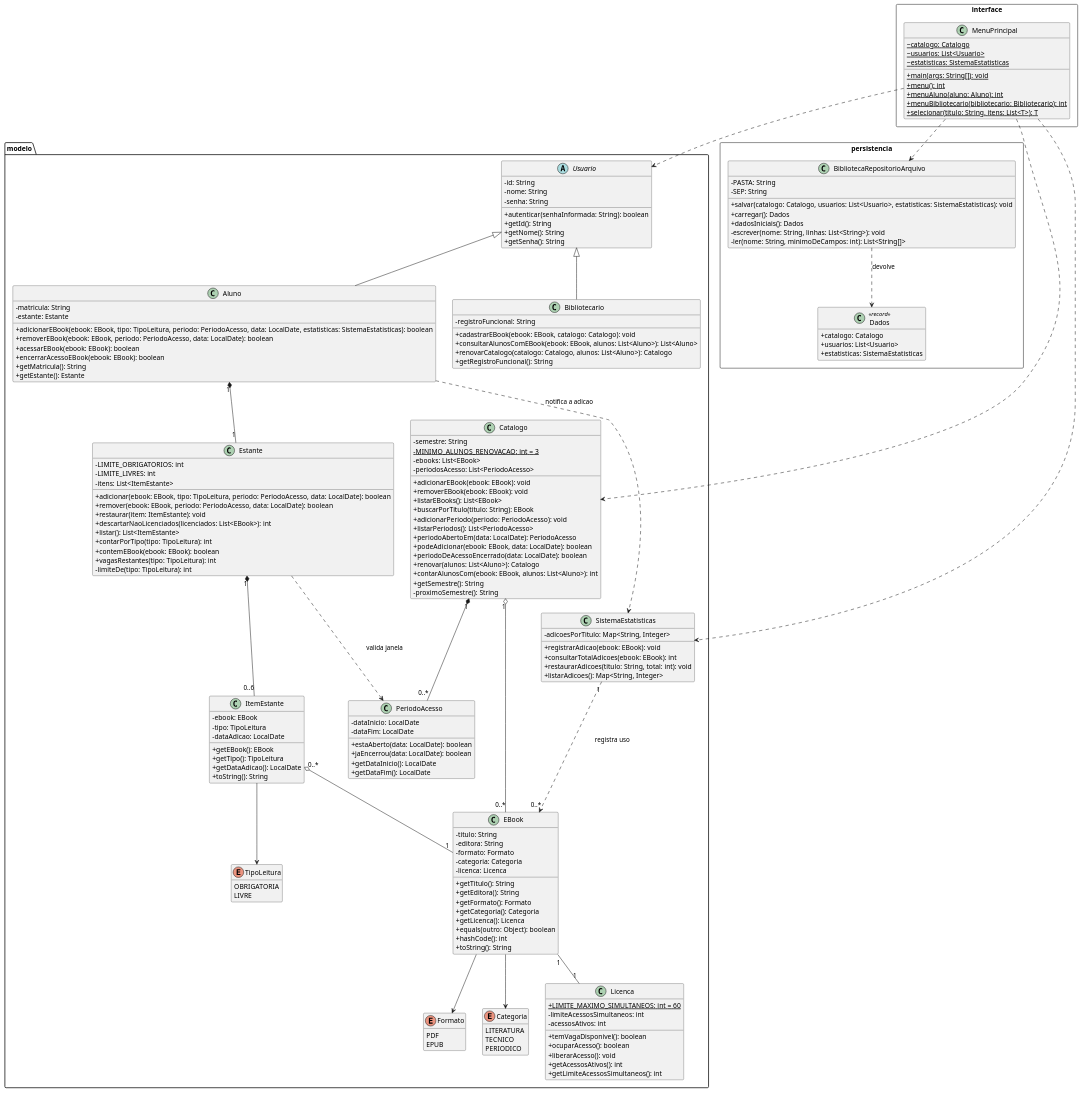
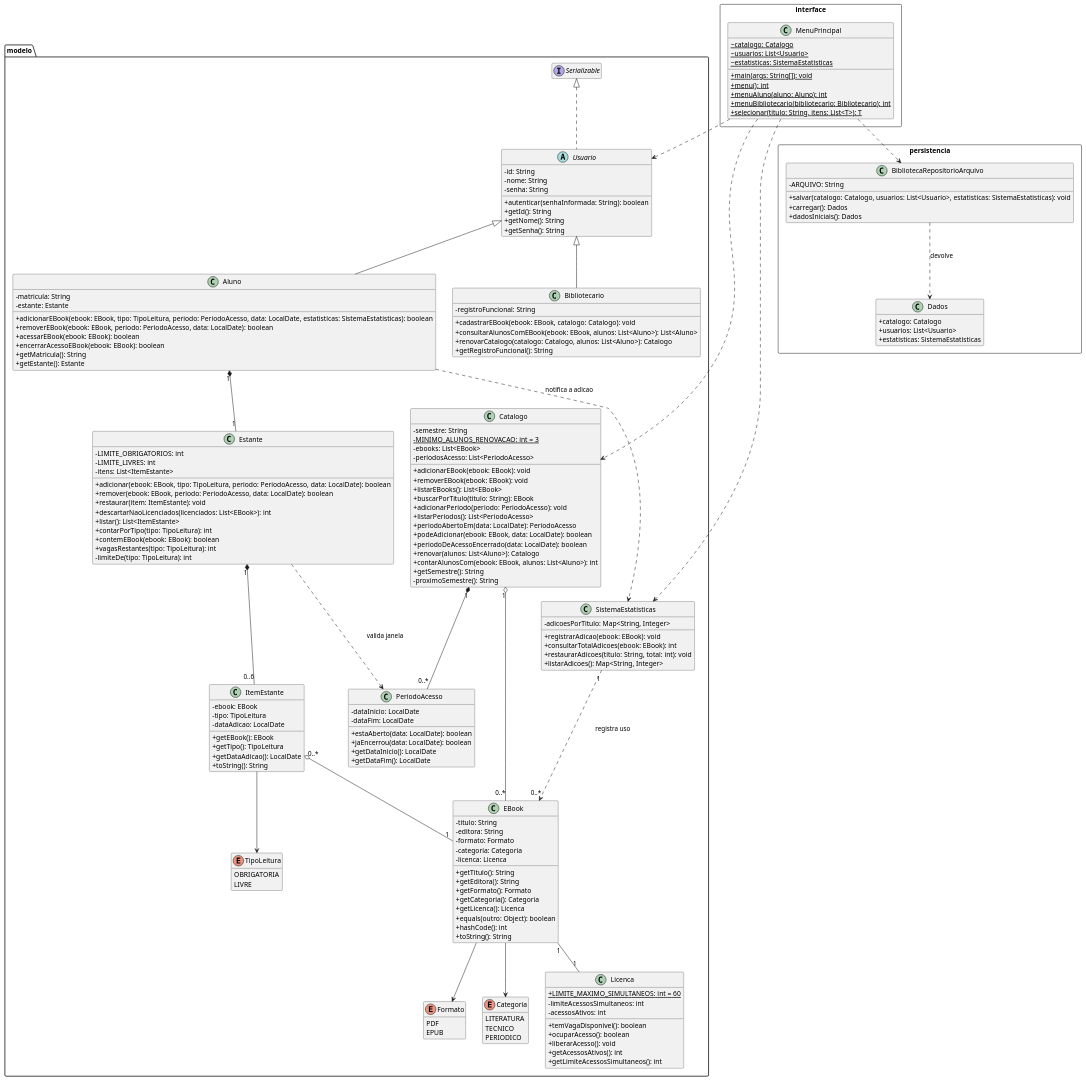
One commit to fillmello/lab01-ebooks-biblioteca changed the diagram in docs/diagramas/diagrama-de-classes.puml. Above: the diagram before and after it, drawn with PlantUML. The commit also changed 14 other files, not shown here.

```diff
--- a/docs/diagramas/diagrama-de-classes.puml
+++ b/docs/diagramas/diagrama-de-classes.puml
@@ -5,7 +5,7 @@
 package modelo {
 
 ' ===== UC01 - Realizar login =====
-abstract class Usuario {
+abstract class Usuario implements Serializable {
   -id: String
   -nome: String
   -senha: String
@@ -162,15 +162,12 @@
 
 package persistencia <<Rectangle>> {
   class BibliotecaRepositorioArquivo {
-    -PASTA: String
-    -SEP: String
+    -ARQUIVO: String
     +salvar(catalogo: Catalogo, usuarios: List<Usuario>, estatisticas: SistemaEstatisticas): void
     +carregar(): Dados
     +dadosIniciais(): Dados
-    -escrever(nome: String, linhas: List<String>): void
-    -ler(nome: String, minimoDeCampos: int): List<String[]>
   }
-  class Dados <<record>> {
+  class Dados {
     +catalogo: Catalogo
     +usuarios: List<Usuario>
     +estatisticas: SistemaEstatisticas
```
